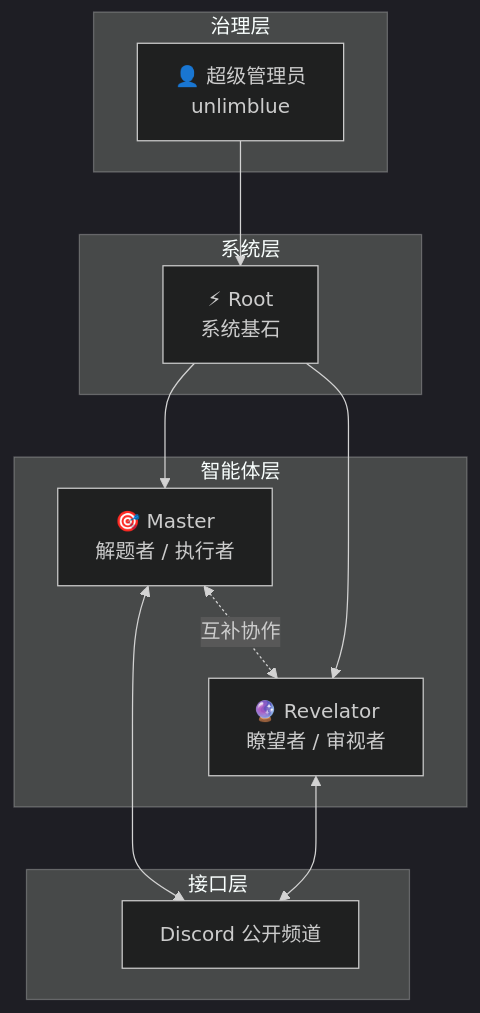
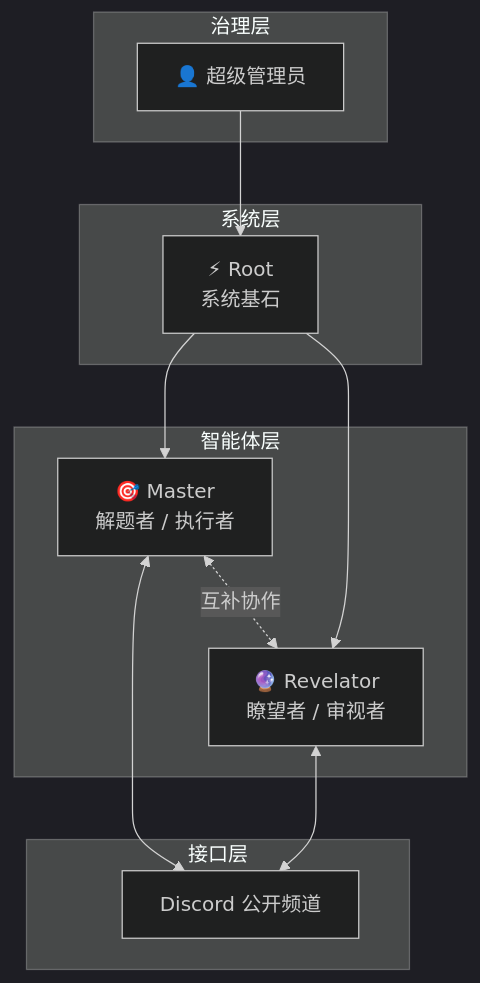
One commit to unlimblue/cyber-world changed the diagram in README.md. Above: the diagram before and after it, drawn with Mermaid (dark theme). The commit also changed other lines of this file and 4 other files, not shown here.

````diff
--- a/README.md
+++ b/README.md
@@ -46,28 +46,28 @@
 ```mermaid
 graph TB
     subgraph "治理层"
-        ADMIN[👤 超级管理员<br/>unlimblue]
+        ADMIN[👤 超级管理员]
     end
     
     subgraph "系统层"
         ROOT[⚡ Root<br/>系统基石]
     end
     
     subgraph "智能体层"
         MASTER[🎯 Master<br/>解题者 / 执行者]
         REVELATOR[🔮 Revelator<br/>瞭望者 / 审视者]
     end
     
     subgraph "接口层"
         DISCORD[Discord 公开频道]
     end
     
     ADMIN --> ROOT
     ROOT --> MASTER
     ROOT --> REVELATOR
     
     MASTER <--> DISCORD
     REVELATOR <--> DISCORD
     
     MASTER <-.->|互补协作| REVELATOR
 ```
````
